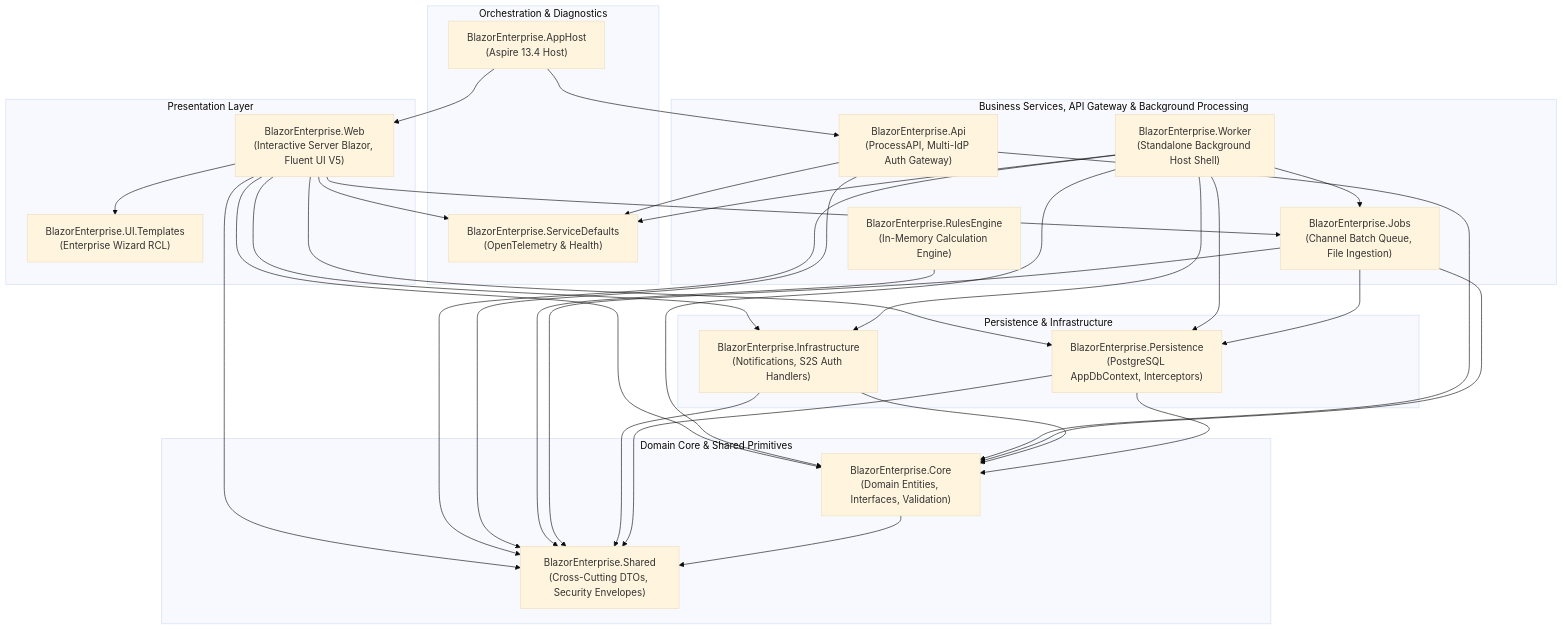
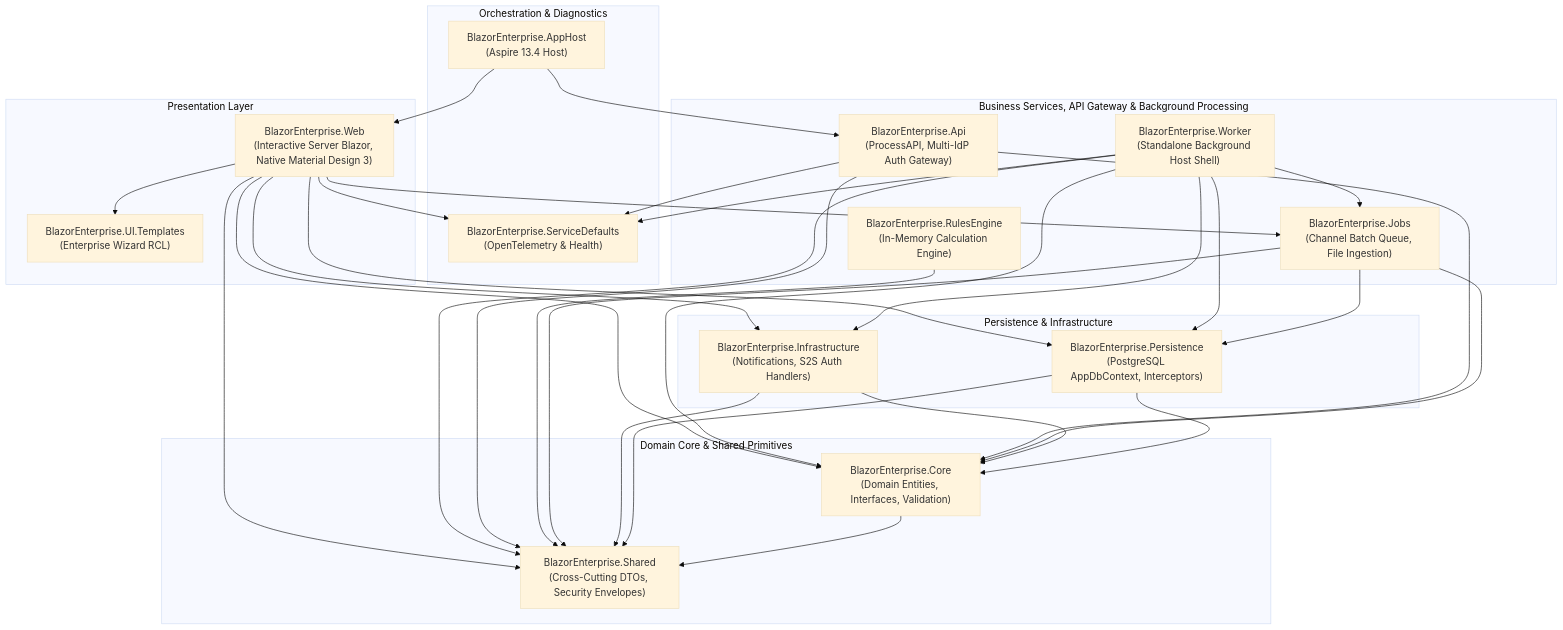
Before and after one commit to cheriansk/blazor-fluent: the first of 3 diagrams in README.md, drawn with Mermaid (base theme). The commit also changed other lines of this file and 99 other files, not shown here.

````diff
--- a/README.md
+++ b/README.md
@@ -38,57 +40,57 @@
 ```mermaid
 flowchart TD
     subgraph Orchestration ["Orchestration & Diagnostics"]
         AppHost["BlazorEnterprise.AppHost\n(Aspire 13.4 Host)"]
         Defaults["BlazorEnterprise.ServiceDefaults\n(OpenTelemetry & Health)"]
     end
 
     subgraph Presentation ["Presentation Layer"]
-        Web["BlazorEnterprise.Web\n(Interactive Server Blazor, Fluent UI V5)"]
+        Web["BlazorEnterprise.Web\n(Interactive Server Blazor, Native Material Design 3)"]
         Templates["BlazorEnterprise.UI.Templates\n(Enterprise Wizard RCL)"]
     end
 
     subgraph BusinessAndApi ["Business Services, API Gateway & Background Processing"]
         Api["BlazorEnterprise.Api\n(ProcessAPI, Multi-IdP Auth Gateway)"]
         Rules["BlazorEnterprise.RulesEngine\n(In-Memory Calculation Engine)"]
         Jobs["BlazorEnterprise.Jobs\n(Channel Batch Queue, File Ingestion)"]
         Worker["BlazorEnterprise.Worker\n(Standalone Background Host Shell)"]
     end
 
     subgraph DataAndInfra ["Persistence & Infrastructure"]
         Infra["BlazorEnterprise.Infrastructure\n(Notifications, S2S Auth Handlers)"]
         Persist["BlazorEnterprise.Persistence\n(PostgreSQL AppDbContext, Interceptors)"]
     end
 
     subgraph CoreRing ["Domain Core & Shared Primitives"]
         Core["BlazorEnterprise.Core\n(Domain Entities, Interfaces, Validation)"]
         Shared["BlazorEnterprise.Shared\n(Cross-Cutting DTOs, Security Envelopes)"]
     end
 
     AppHost --> Web
     AppHost --> Api
     Web --> Defaults
     Api --> Defaults
     Worker --> Defaults
     Web --> Templates
     Web --> Jobs
     Web --> Infra
     Web --> Persist
     Web --> Core
     Web --> Shared
     Worker --> Jobs
     Worker --> Persist
     Worker --> Infra
     Worker --> Core
     Worker --> Shared
     Api --> Core
     Api --> Shared
     Rules --> Shared
     Jobs --> Persist
     Jobs --> Core
     Jobs --> Shared
     Infra --> Core
     Infra --> Shared
     Persist --> Core
     Persist --> Shared
     Core --> Shared
 ```
````
